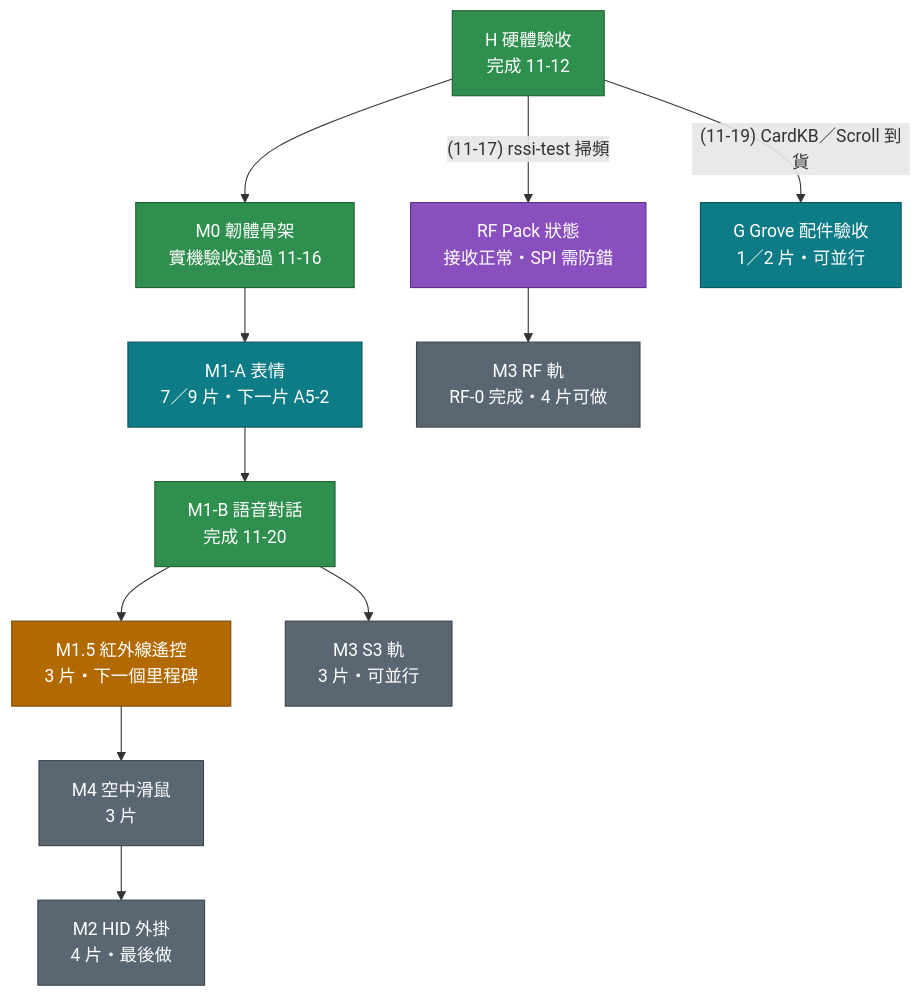
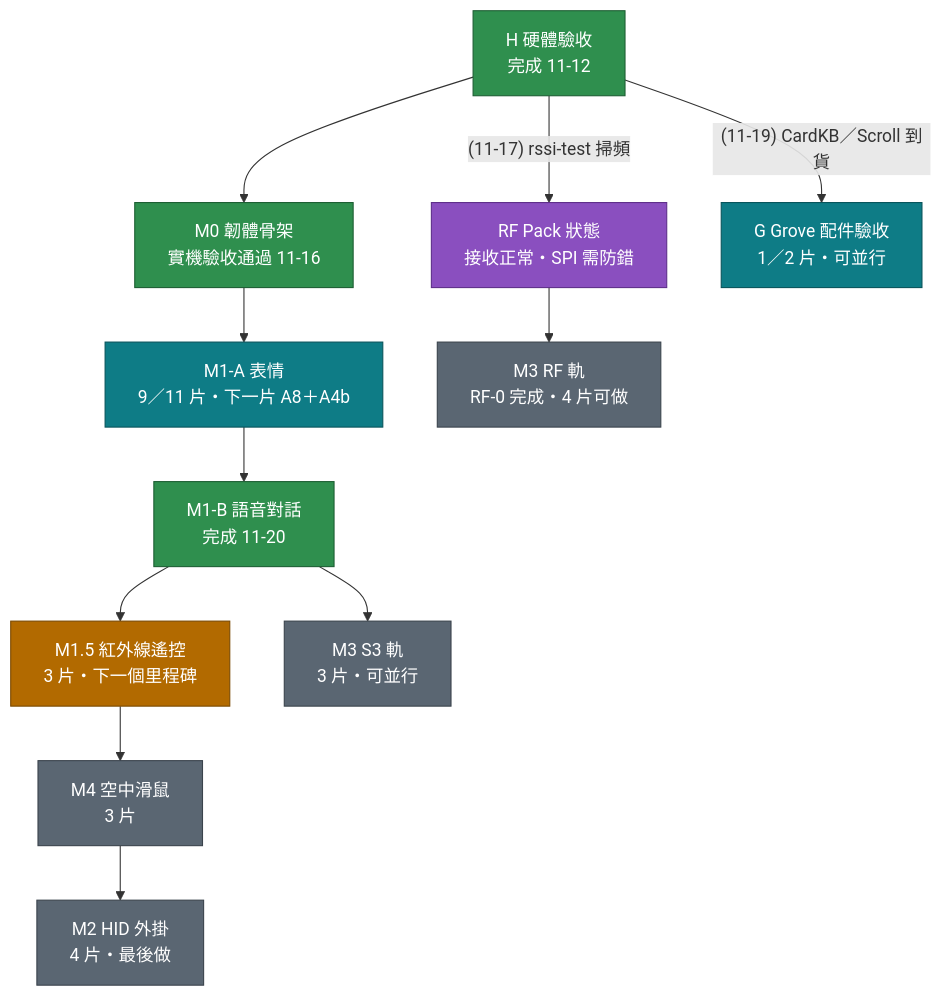
One commit to MilesYP/m5sticks3 changed the first of 2 diagrams in docs/StickS3 執行計劃.md. Above: the diagram before and after it, drawn with Mermaid. The commit also changed other lines of this file and 16 other files, not shown here.

````diff
--- a/docs/StickS3 執行計劃.md
+++ b/docs/StickS3 執行計劃.md
@@ -29,31 +29,31 @@
 ```mermaid
 flowchart TD
     H["H 硬體驗收<br>完成 11-12"]
     M0["M0 韌體骨架<br>實機驗收通過 11-16"]
-    M1A["M1-A 表情<br>7／9 片・下一片 A5-2"]
+    M1A["M1-A 表情<br>9／11 片・下一片 A8＋A4b"]
     M1B["M1-B 語音對話<br>完成 11-20"]
     M15["M1.5 紅外線遙控<br>3 片・下一個里程碑"]
     M4["M4 空中滑鼠<br>3 片"]
     M2["M2 HID 外掛<br>4 片・最後做"]
     M3S["M3 S3 軌<br>3 片・可並行"]
     M3R["M3 RF 軌<br>RF-0 完成・4 片可做"]
     RS["RF Pack 狀態<br>接收正常・SPI 需防錯"]
     G["G Grove 配件驗收<br>1／2 片・可並行"]
 
     H --> M0 --> M1A --> M1B --> M15 --> M4 --> M2
     M1B --> M3S
     H -->|"(11-17) rssi-test 掃頻"| RS --> M3R
     H -->|"(11-19) CardKB／Scroll 到貨"| G
 
     classDef done fill:#2f8f4e,color:#ffffff,stroke:#1d5e33
     classDef doing fill:#0e7c86,color:#ffffff,stroke:#08545b
     classDef next fill:#b26a00,color:#ffffff,stroke:#7a4900
     classDef todo fill:#5a6672,color:#ffffff,stroke:#3a434c
     classDef gate fill:#8a4fbf,color:#ffffff,stroke:#5e2f8a
     class H,M0,M1B done
     class M1A doing
     class M15 next
     class G doing
     class M4,M2,M3S,M3R todo
     class RS gate
 ```
````
